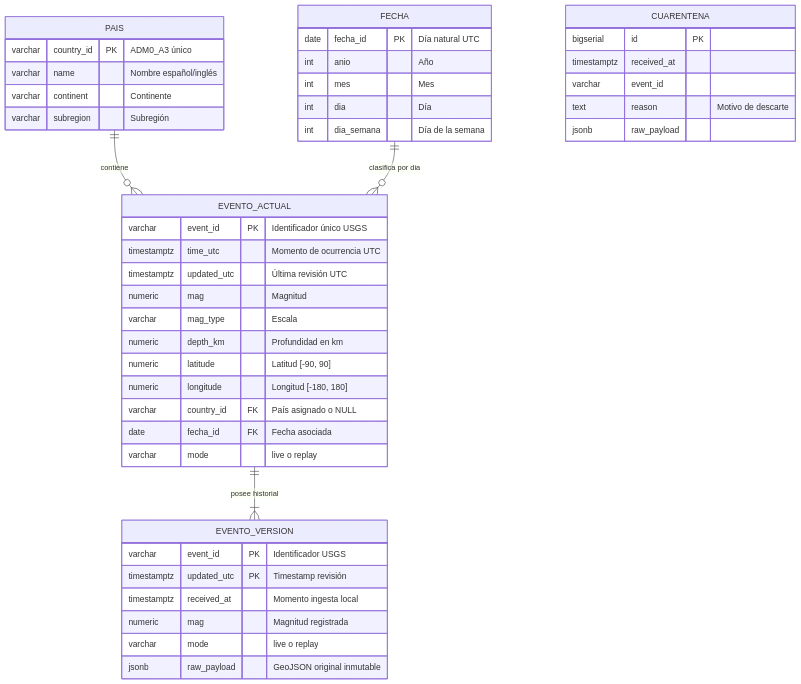
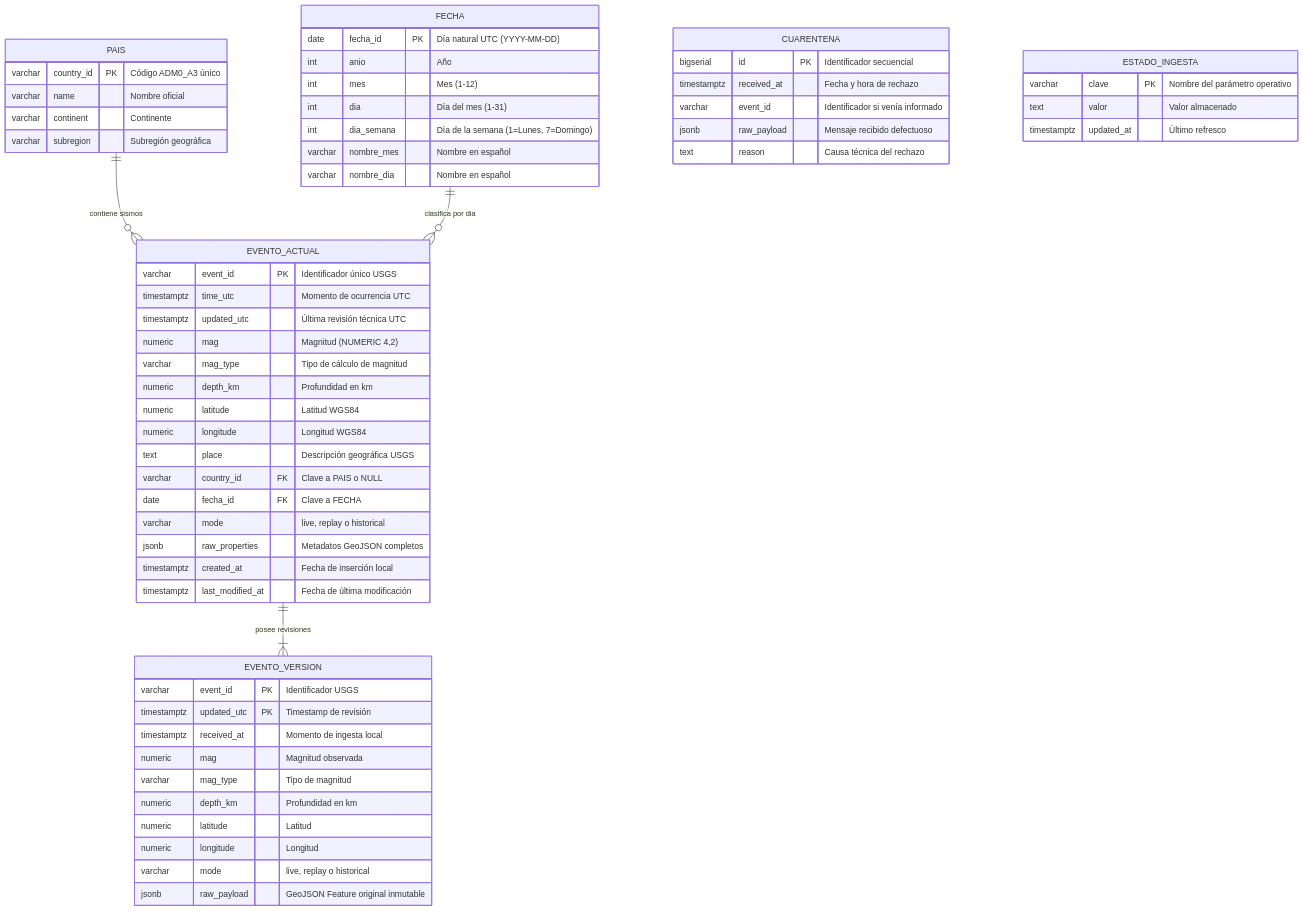
The second of 2 diagrams in docs/memoria.md (SamuelMarquezRuiz/observatorio-sismico), drawn with Mermaid before and after one commit. The commit also changed other lines of this file and 2 other files, not shown here.

````diff
--- a/docs/memoria.md
+++ b/docs/memoria.md
@@ -71,52 +109,68 @@
 ```mermaid
 erDiagram
-    PAIS ||--o{ EVENTO_ACTUAL : "contiene"
+    PAIS ||--o{ EVENTO_ACTUAL : "contiene sismos"
     FECHA ||--o{ EVENTO_ACTUAL : "clasifica por dia"
-    EVENTO_ACTUAL ||--|{ EVENTO_VERSION : "posee historial"
+    EVENTO_ACTUAL ||--|{ EVENTO_VERSION : "posee revisiones"
     
     PAIS {
-        varchar country_id PK "ADM0_A3 único"
-        varchar name "Nombre español/inglés"
+        varchar country_id PK "Código ADM0_A3 único"
+        varchar name "Nombre oficial"
         varchar continent "Continente"
-        varchar subregion "Subregión"
+        varchar subregion "Subregión geográfica"
     }
 
     FECHA {
-        date fecha_id PK "Día natural UTC"
+        date fecha_id PK "Día natural UTC (YYYY-MM-DD)"
         int anio "Año"
-        int mes "Mes"
-        int dia "Día"
-        int dia_semana "Día de la semana"
+        int mes "Mes (1-12)"
+        int dia "Día del mes (1-31)"
+        int dia_semana "Día de la semana (1=Lunes, 7=Domingo)"
+        varchar nombre_mes "Nombre en español"
+        varchar nombre_dia "Nombre en español"
     }
 
     EVENTO_ACTUAL {
         varchar event_id PK "Identificador único USGS"
         timestamptz time_utc "Momento de ocurrencia UTC"
-        timestamptz updated_utc "Última revisión UTC"
-        numeric mag "Magnitud"
-        varchar mag_type "Escala"
+        timestamptz updated_utc "Última revisión técnica UTC"
+        numeric mag "Magnitud (NUMERIC 4,2)"
+        varchar mag_type "Tipo de cálculo de magnitud"
         numeric depth_km "Profundidad en km"
-        numeric latitude "Latitud [-90, 90]"
-        numeric longitude "Longitud [-180, 180]"
-        varchar country_id FK "País asignado o NULL"
-        date fecha_id FK "Fecha asociada"
-        varchar mode "live o replay"
+        numeric latitude "Latitud WGS84"
+        numeric longitude "Longitud WGS84"
+        text place "Descripción geográfica USGS"
+        varchar country_id FK "Clave a PAIS o NULL"
+        date fecha_id FK "Clave a FECHA"
+        varchar mode "live, replay o historical"
+        jsonb raw_properties "Metadatos GeoJSON completos"
+        timestamptz created_at "Fecha de inserción local"
+        timestamptz last_modified_at "Fecha de última modificación"
     }
 
     EVENTO_VERSION {
         varchar event_id PK "Identificador USGS"
-        timestamptz updated_utc PK "Timestamp revisión"
-        timestamptz received_at "Momento ingesta local"
-        numeric mag "Magnitud registrada"
-        varchar mode "live o replay"
-        jsonb raw_payload "GeoJSON original inmutable"
+        timestamptz updated_utc PK "Timestamp de revisión"
+        timestamptz received_at "Momento de ingesta local"
+        numeric mag "Magnitud observada"
+        varchar mag_type "Tipo de magnitud"
+        numeric depth_km "Profundidad en km"
+        numeric latitude "Latitud"
+        numeric longitude "Longitud"
+        varchar mode "live, replay o historical"
+        jsonb raw_payload "GeoJSON Feature original inmutable"
     }
 
     CUARENTENA {
-        bigserial id PK
-        timestamptz received_at
-        varchar event_id
-        text reason "Motivo de descarte"
-        jsonb raw_payload
+        bigserial id PK "Identificador secuencial"
+        timestamptz received_at "Fecha y hora de rechazo"
+        varchar event_id "Identificador si venía informado"
+        jsonb raw_payload "Mensaje recibido defectuoso"
+        text reason "Causa técnica del rechazo"
+    }
+
+    ESTADO_INGESTA {
+        varchar clave PK "Nombre del parámetro operativo"
+        text valor "Valor almacenado"
+        timestamptz updated_at "Último refresco"
     }
 ```
````
